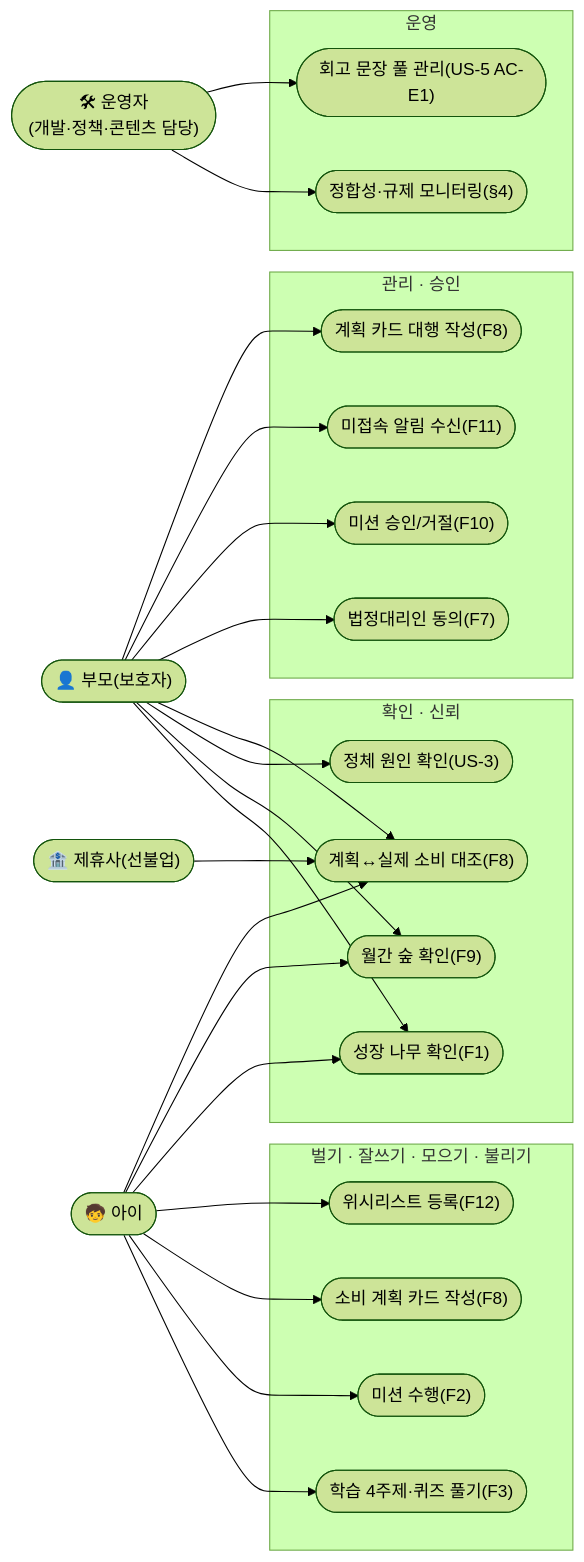
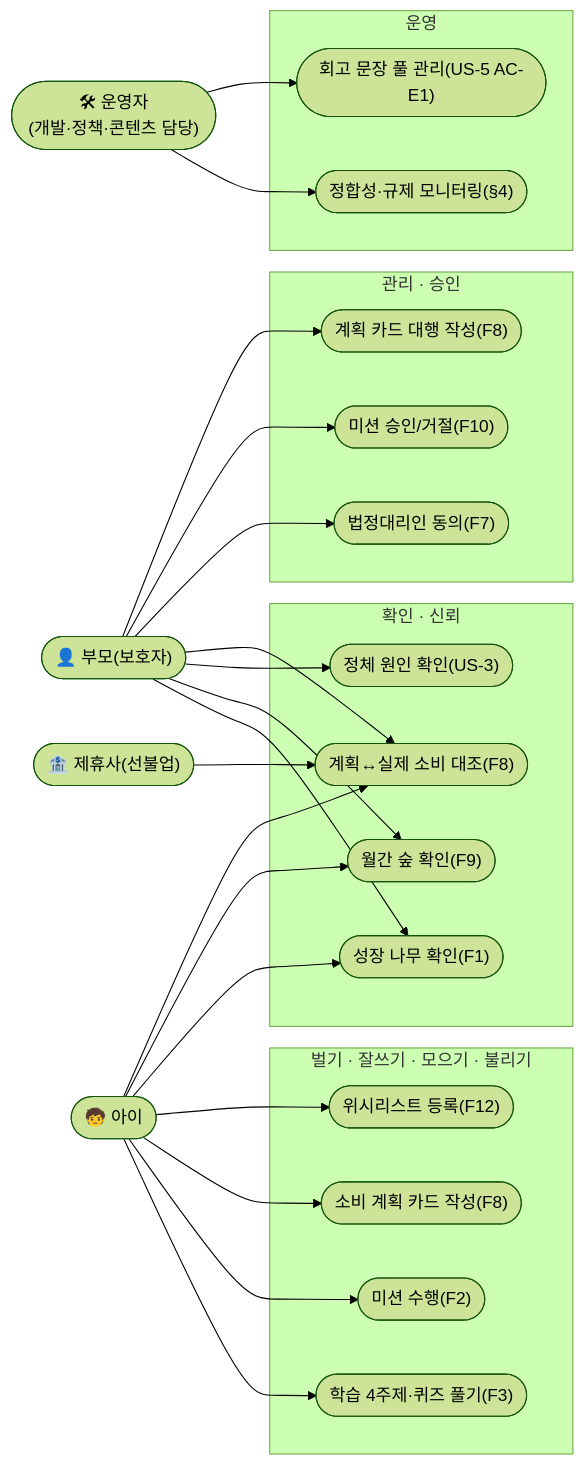
One commit to scene-one/fin_friends_srs changed the second of 16 diagrams in SRS_핀프렌즈_v1_2.md. Above: the diagram before and after it, drawn with Mermaid (forest theme). The commit also changed other lines of this file and 2 other files, not shown here.

````diff
--- a/SRS_핀프렌즈_v1_2.md
+++ b/SRS_핀프렌즈_v1_2.md
@@ -276,54 +272,52 @@
 ```mermaid
 flowchart LR
     Parent(["👤 부모(보호자)"])
     Child(["🧒 아이"])
     Partner(["🏦 제휴사(선불업)"])
     Ops(["🛠 운영자<br/>(개발·정책·콘텐츠 담당)"])
 
     subgraph UC1["벌기 · 잘쓰기 · 모으기 · 불리기"]
         U1(["학습 4주제·퀴즈 풀기(F3)"])
         U2(["미션 수행(F2)"])
         U3(["소비 계획 카드 작성(F8)"])
         U4(["위시리스트 등록(F12)"])
     end
 
     subgraph UC2["확인 · 신뢰"]
         U5(["성장 나무 확인(F1)"])
         U6(["월간 숲 확인(F9)"])
         U7(["정체 원인 확인(US-3)"])
         U8(["계획↔실제 소비 대조(F8)"])
     end
 
     subgraph UC3["관리 · 승인"]
         U9(["법정대리인 동의(F7)"])
         U10(["미션 승인/거절(F10)"])
-        U11(["미접속 알림 수신(F11)"])
         U12(["계획 카드 대행 작성(F8)"])
     end
 
     subgraph UC4["운영"]
         U13(["정합성·규제 모니터링(§4)"])
         U14(["회고 문장 풀 관리(US-5 AC-E1)"])
     end
 
     Child --> U1
     Child --> U2
     Child --> U3
     Child --> U4
     Child --> U5
     Child --> U6
     Child --> U8
 
     Parent --> U5
     Parent --> U6
     Parent --> U7
     Parent --> U8
     Parent --> U9
     Parent --> U10
-    Parent --> U11
     Parent --> U12
 
     Partner --> U8
     Ops --> U13
     Ops --> U14
 ```
````
